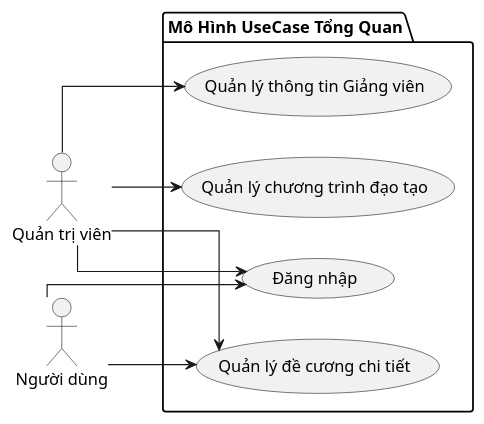
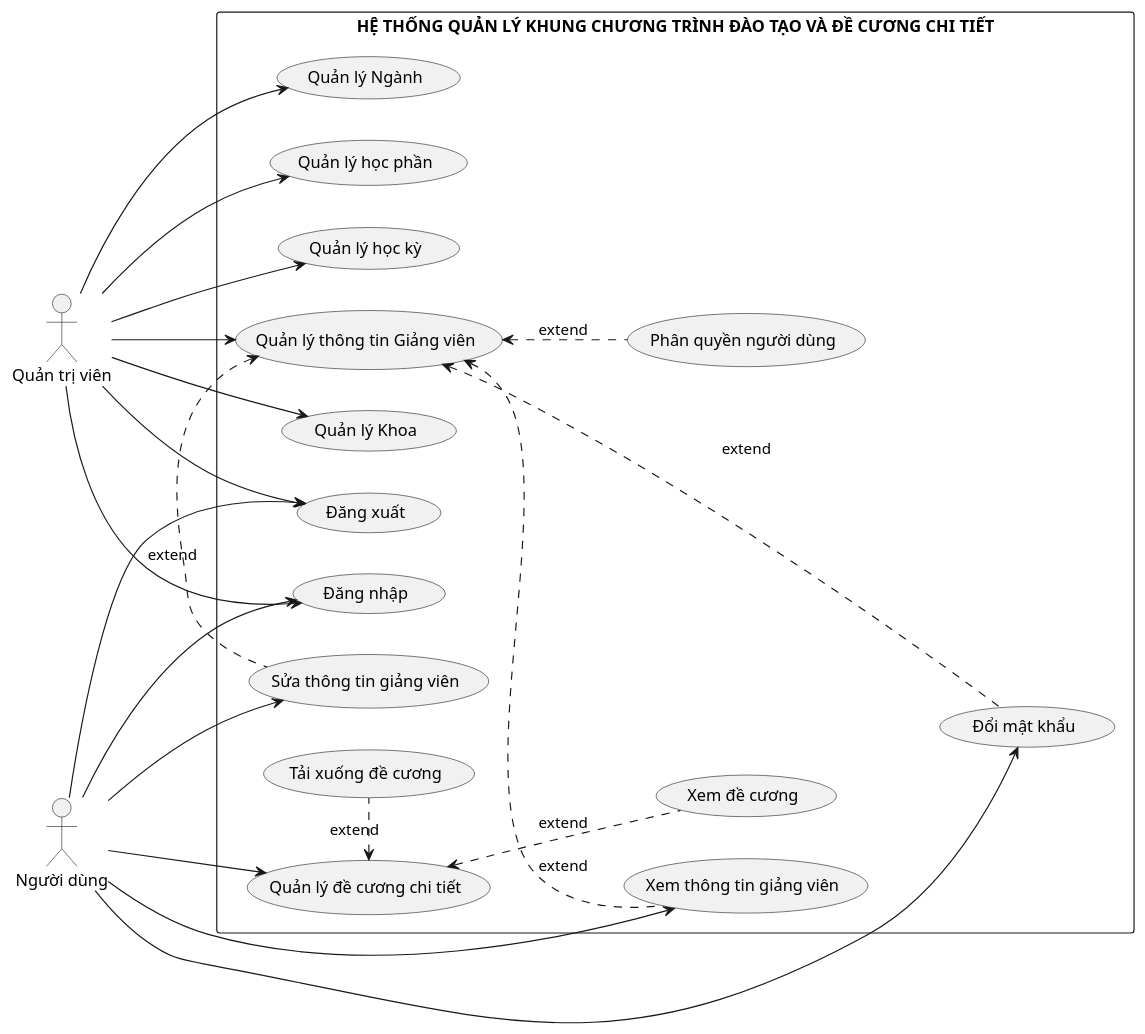
The diagram in Diagrams/UseCase.plantuml (NhanNguyen1152/_EduSystem), drawn with PlantUML before and after one commit. The commit also changed 3 other files, not shown here.

```diff
--- a/Diagrams/UseCase.plantuml
+++ b/Diagrams/UseCase.plantuml
@@ -1,21 +1,50 @@
 @startuml uc
-skinparam linetype ortho
-' scale  2/3
+'skinparam linetype ortho
+'scale  2/3
 left to right direction
 actor "Quản trị viên" as ad
 actor "Người dùng" as us
 
-package "Mô Hình UseCase Tổng Quan" {
+rectangle "HỆ THỐNG QUẢN LÝ KHUNG CHƯƠNG TRÌNH ĐÀO TẠO VÀ ĐỀ CƯƠNG CHI TIẾT" {
+  usecase "Đăng xuất" as dx
   usecase "Quản lý thông tin Giảng viên" as qlttgv
   usecase "Đăng nhập" as dn
   usecase "Quản lý đề cương chi tiết" as qldcct
-  usecase "Quản lý chương trình đạo tạo" as qlctdt
+  'usecase "Quản lý chương trình đạo tạo" as qlctdt
+  usecase "Xem thông tin giảng viên" as xttgv
+  usecase "Sửa thông tin giảng viên" as sttgv
+  usecase "Đổi mật khẩu" as dmk
+  usecase "Tải xuống đề cương" as txdc
+  usecase "Xem đề cương" as xdc
+  'usecase "Xem chương trình đào tạo" as xctdt
+  usecase "Quản lý Khoa" as qlk
+  usecase "Quản lý Ngành" as qln
+  usecase "Quản lý học phần" as qlhp
+  usecase "Quản lý học kỳ" as qlhk
+  ' quantrivien
+  usecase "Phân quyền người dùng" as pqnd
 }
+
 us --> dn
+ad -> dn
+qlttgv <.. xttgv : extend
+qlttgv <... dmk : extend
+qlttgv <. sttgv : extend
+us -> xttgv
+us --> dmk
+us -> sttgv
+qldcct <. txdc : extend
+qldcct <.. xdc : extend
+qlttgv <.. pqnd : extend
 ad --> qlttgv
-ad --> qlctdt
-ad --> qldcct
-us --> qldcct
-ad -> dn
+ad --> dx
+us -> dx
+'qlctdt <. xctdt : extend
+'us --> xctdt
+us -> qldcct
+ad -> qlk
+ad -> qln
+ad -> qlhp
+ad -> qlhk
 
 @enduml
```
